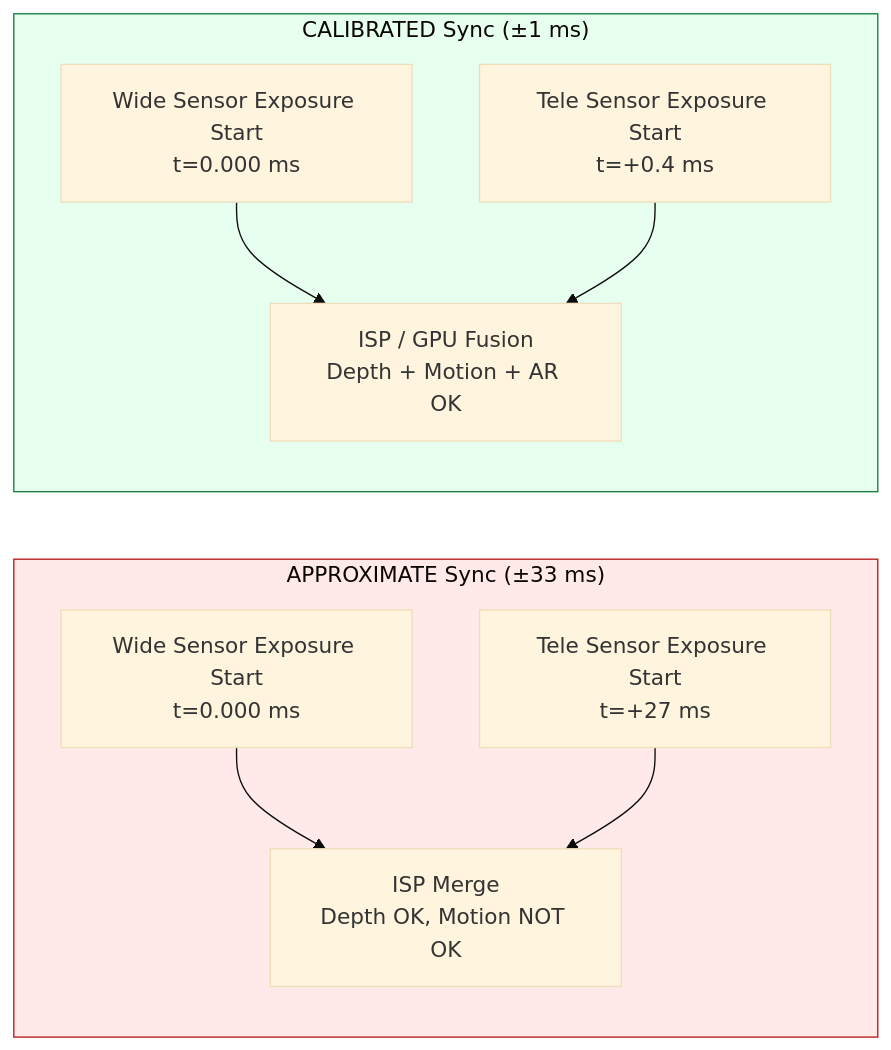
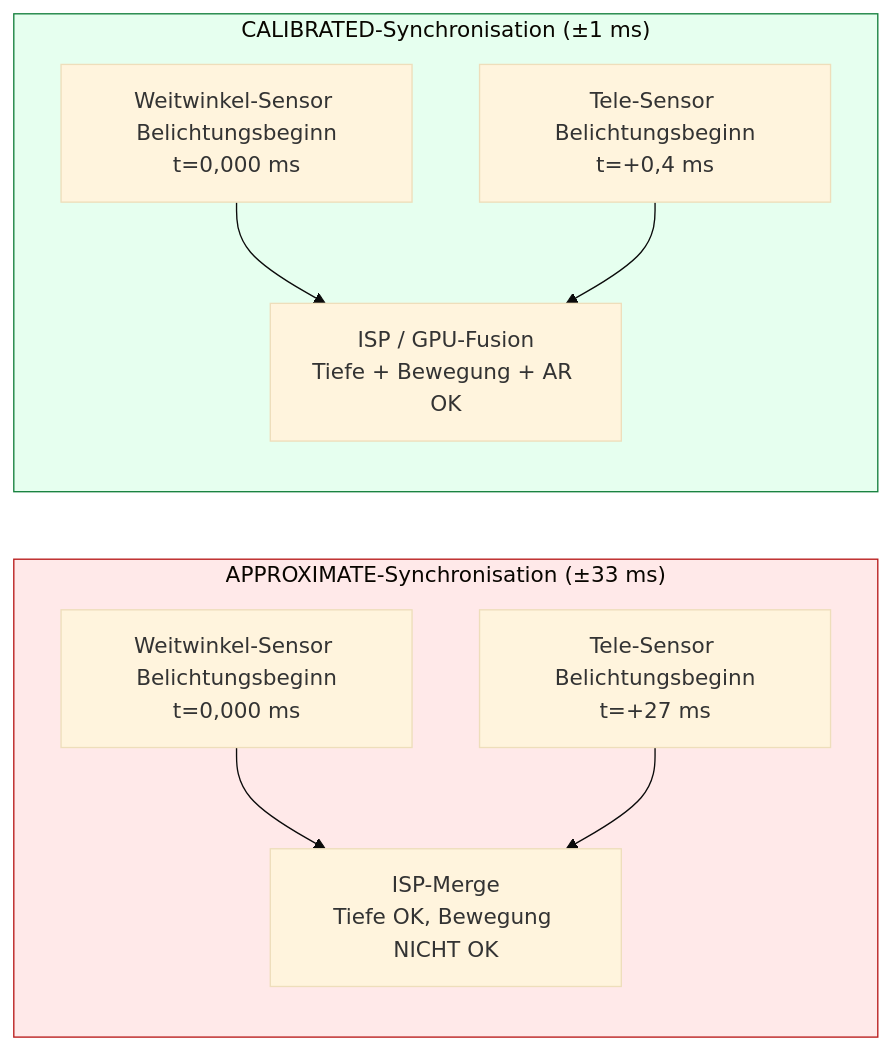
The second of 3 diagrams in website/i18n/de/docusaurus-plugin-content-docs/current/camera2/multi-camera.md (zoozooll/AndroidCameraParameters), drawn with Mermaid (base theme) before and after one commit. The commit also changed other lines of this file and 378 other files, not shown here.

````diff
--- a/website/i18n/de/docusaurus-plugin-content-docs/current/camera2/multi-camera.md
+++ b/website/i18n/de/docusaurus-plugin-content-docs/current/camera2/multi-camera.md
@@ -69,14 +69,14 @@
 ```mermaid
 flowchart LR
-    subgraph APPROX["APPROXIMATE Sync (±33 ms)"]
-        A1[Wide Sensor Exposure Start\nt=0.000 ms] --> A2[ISP Merge\nDepth OK, Motion NOT OK]
-        A3[Tele Sensor Exposure Start\nt=+27 ms] --> A2
+    subgraph APPROX["APPROXIMATE-Synchronisation (±33 ms)"]
+        A1[Weitwinkel-Sensor Belichtungsbeginn<br/>t=0,000 ms] --> A2[ISP-Merge<br/>Tiefe OK, Bewegung NICHT OK]
+        A3[Tele-Sensor Belichtungsbeginn<br/>t=+27 ms] --> A2
     end
-    subgraph CALIB["CALIBRATED Sync (±1 ms)"]
-        C1[Wide Sensor Exposure Start\nt=0.000 ms] --> C2[ISP / GPU Fusion\nDepth + Motion + AR OK]
-        C3[Tele Sensor Exposure Start\nt=+0.4 ms] --> C2
+    subgraph CALIB["CALIBRATED-Synchronisation (±1 ms)"]
+        C1[Weitwinkel-Sensor Belichtungsbeginn<br/>t=0,000 ms] --> C2[ISP / GPU-Fusion<br/>Tiefe + Bewegung + AR OK]
+        C3[Tele-Sensor Belichtungsbeginn<br/>t=+0,4 ms] --> C2
     end
 
     style APPROX fill:#ffe9e9,stroke:#b91c1c
     style CALIB fill:#e6ffef,stroke:#15803d
 ```
````
